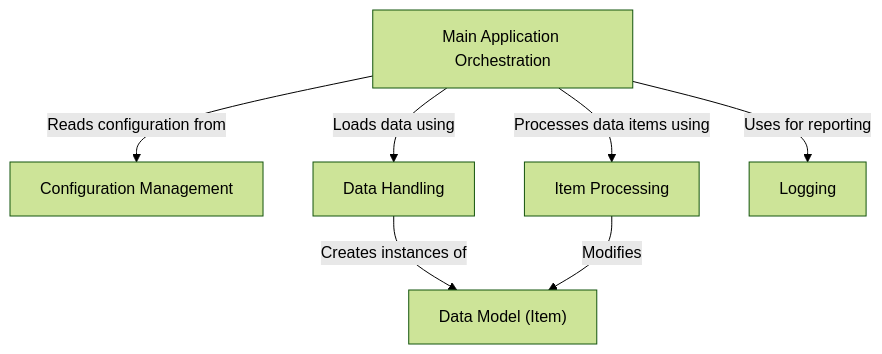
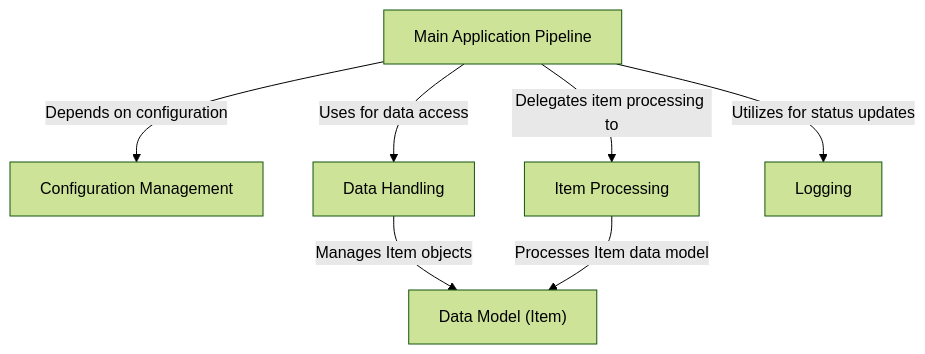
One commit to OpenXFlow/sourceLensAI changed the diagram in output/python-sample-project/index.md. Above: the diagram before and after it, drawn with Mermaid (forest theme). The commit also changed other lines of this file and 15 other files, not shown here.

````diff
--- a/output/python-sample-project/index.md
+++ b/output/python-sample-project/index.md
@@ -10,16 +10,16 @@
 ```mermaid
 flowchart TD
     A0["Configuration Management"]
     A1["Data Model (Item)"]
     A2["Data Handling"]
     A3["Item Processing"]
-    A4["Main Application Orchestration"]
+    A4["Main Application Pipeline"]
     A5["Logging"]
 
-    A4 -->|Loads data using| A2
-    A2 -->|Creates instances of| A1
-    A4 -->|Processes data items using| A3
-    A3 -->|Modifies| A1
-    A4 -->|Reads configuration from| A0
-    A4 -->|Uses for reporting| A5
+    A4 -->|"Depends on configuration"| A0
+    A4 -->|"Uses for data access"| A2
+    A2 -->|"Manages Item objects"| A1
+    A4 -->|"Delegates item processing to"| A3
+    A3 -->|"Processes Item data model"| A1
+    A4 -->|"Utilizes for status updates"| A5
 ```
````
